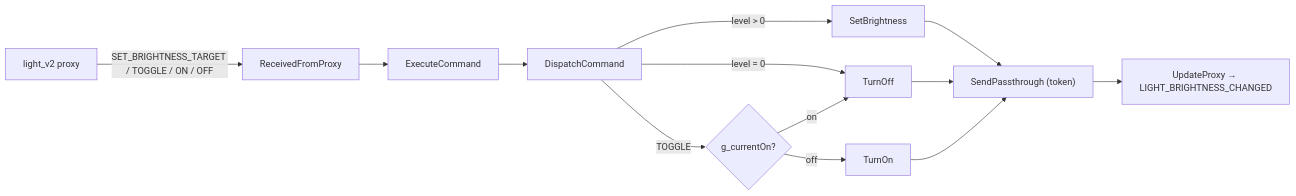
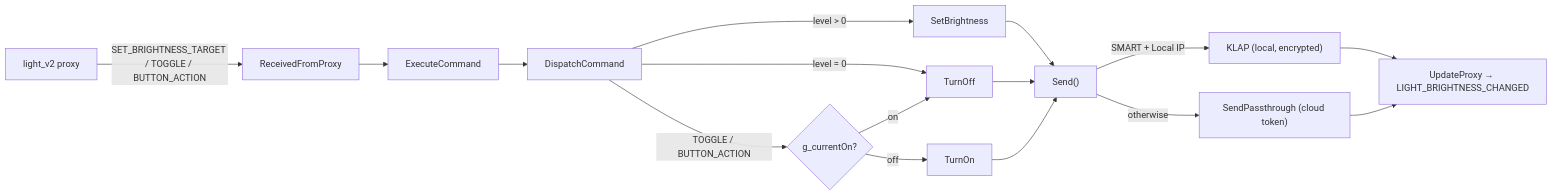
The fourth of 5 diagrams in README.md (jagdeep85/control4-kasa-cloud-driver), drawn with Mermaid before and after one commit. The commit also changed other lines of this file, not shown here.

First line of the commit message:
Docs: README v1.1 — local KLAP control, endpoint routing, remote Bulb

````diff
--- a/README.md
+++ b/README.md
@@ -149,14 +186,17 @@
 ```mermaid
 graph LR
-    P["light_v2 proxy"] -->|SET_BRIGHTNESS_TARGET / TOGGLE / ON / OFF| RFP["ReceivedFromProxy"]
+    P["light_v2 proxy"] -->|"SET_BRIGHTNESS_TARGET / TOGGLE / BUTTON_ACTION"| RFP["ReceivedFromProxy"]
     RFP --> EC["ExecuteCommand"] --> DC["DispatchCommand"]
     DC -->|"level > 0"| SB["SetBrightness"]
     DC -->|"level = 0"| OFF["TurnOff"]
-    DC -->|TOGGLE| TG{"g_currentOn?"}
+    DC -->|TOGGLE / BUTTON_ACTION| TG{"g_currentOn?"}
     TG -->|on| OFF
     TG -->|off| ON["TurnOn"]
-    SB --> SP["SendPassthrough (token)"]
-    ON --> SP
-    OFF --> SP
-    SP --> UP["UpdateProxy → LIGHT_BRIGHTNESS_CHANGED"]
+    SB --> SND["Send()"]
+    ON --> SND
+    OFF --> SND
+    SND -->|"SMART + Local IP"| KL["KLAP (local, encrypted)"]
+    SND -->|"otherwise"| SP["SendPassthrough (cloud token)"]
+    KL --> UP["UpdateProxy → LIGHT_BRIGHTNESS_CHANGED"]
+    SP --> UP
 ```
````
